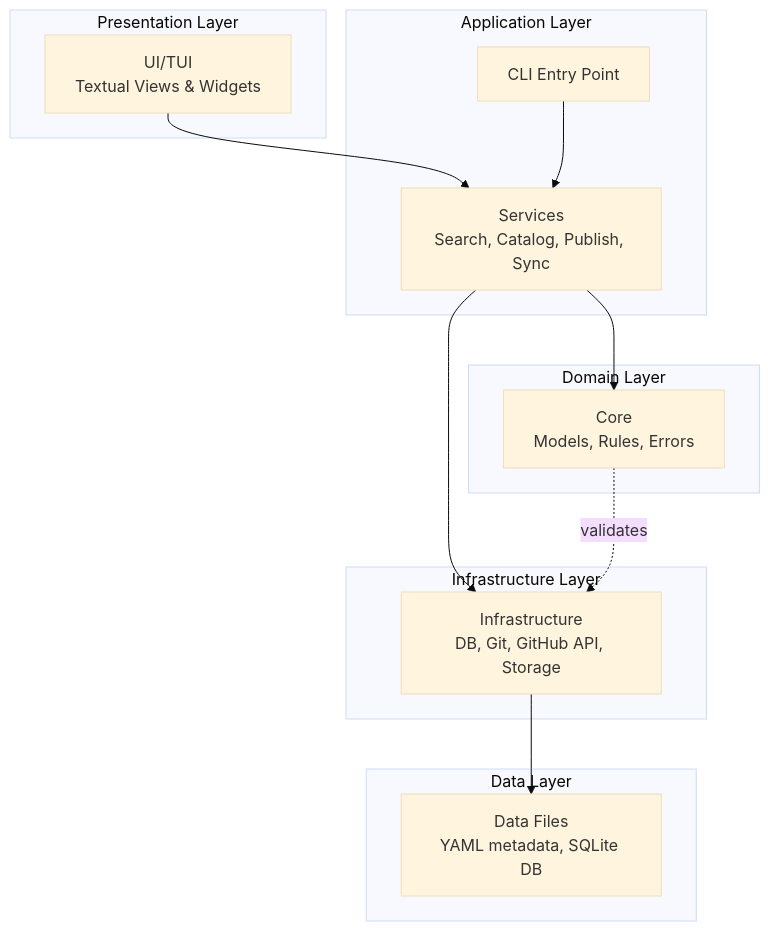
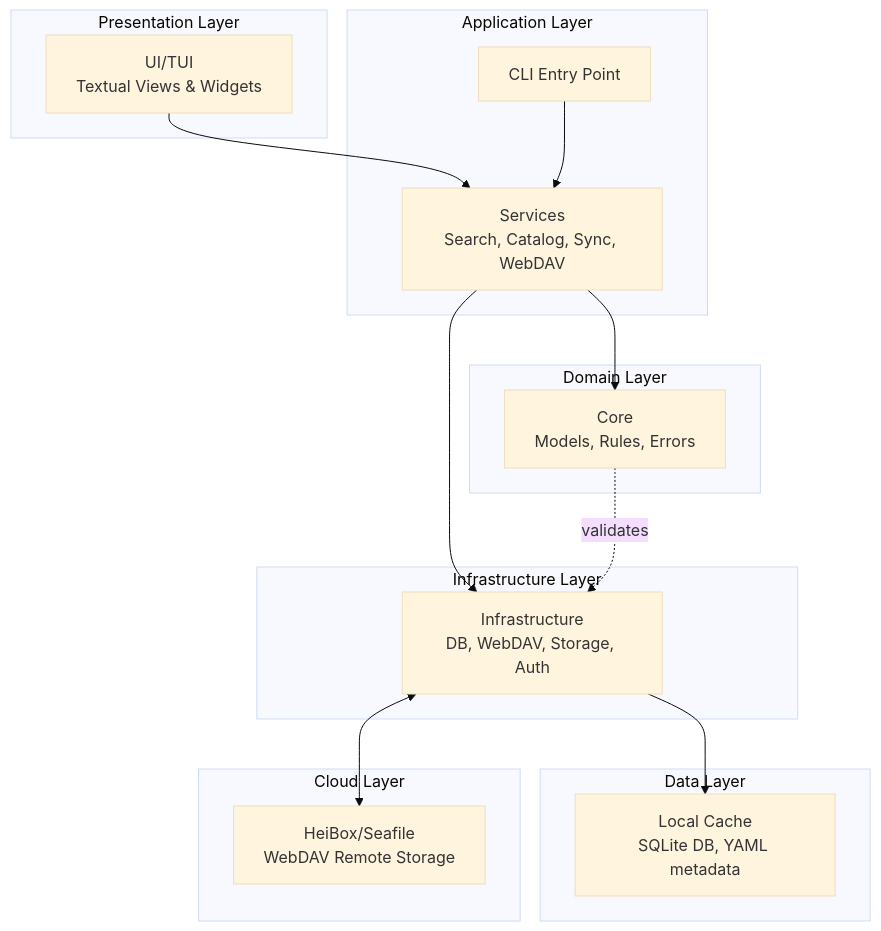
One commit to 0xpix/Hei-DataHub changed the first of 6 diagrams in dev-docs/architecture/overview.md. Above: the diagram before and after it, drawn with Mermaid (base theme). The commit also changed other lines of this file, not shown here.

Commit message:
feat: Revise system architecture overview to reflect cloud-first design and enhance clarity on core capabilities and components

````diff
--- a/dev-docs/architecture/overview.md
+++ b/dev-docs/architecture/overview.md
@@ -16,30 +18,35 @@
 ```mermaid
 graph TD
     subgraph "Presentation Layer"
         UI[UI/TUI<br/>Textual Views & Widgets]
     end
 
     subgraph "Application Layer"
         CLI[CLI Entry Point]
-        Services[Services<br/>Search, Catalog, Publish, Sync]
+        Services[Services<br/>Search, Catalog, Sync, WebDAV]
     end
 
     subgraph "Domain Layer"
         Core[Core<br/>Models, Rules, Errors]
     end
 
     subgraph "Infrastructure Layer"
-        Infra[Infrastructure<br/>DB, Git, GitHub API, Storage]
+        Infra[Infrastructure<br/>DB, WebDAV, Storage, Auth]
     end
 
     subgraph "Data Layer"
-        Data[Data Files<br/>YAML metadata, SQLite DB]
+        Data[Local Cache<br/>SQLite DB, YAML metadata]
+    end
+
+    subgraph "Cloud Layer"
+        Cloud[HeiBox/Seafile<br/>WebDAV Remote Storage]
     end
 
     UI --> Services
     CLI --> Services
     Services --> Core
     Services --> Infra
     Infra --> Data
+    Infra <--> Cloud
     Core -.validates.-> Infra
 ```
````
